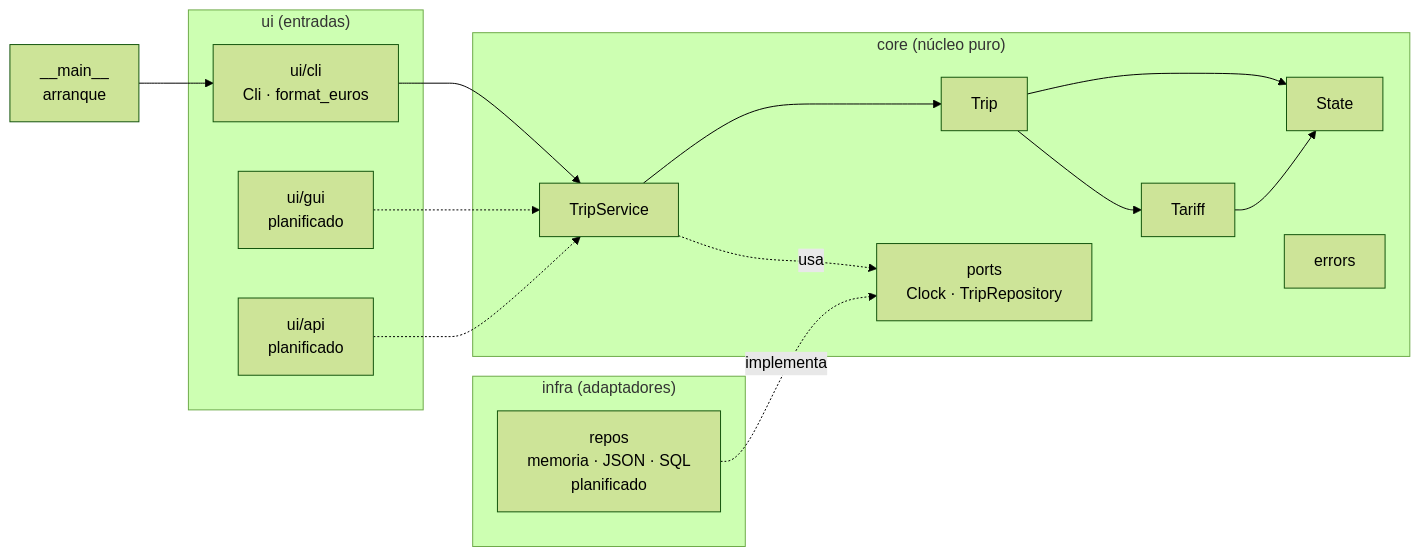
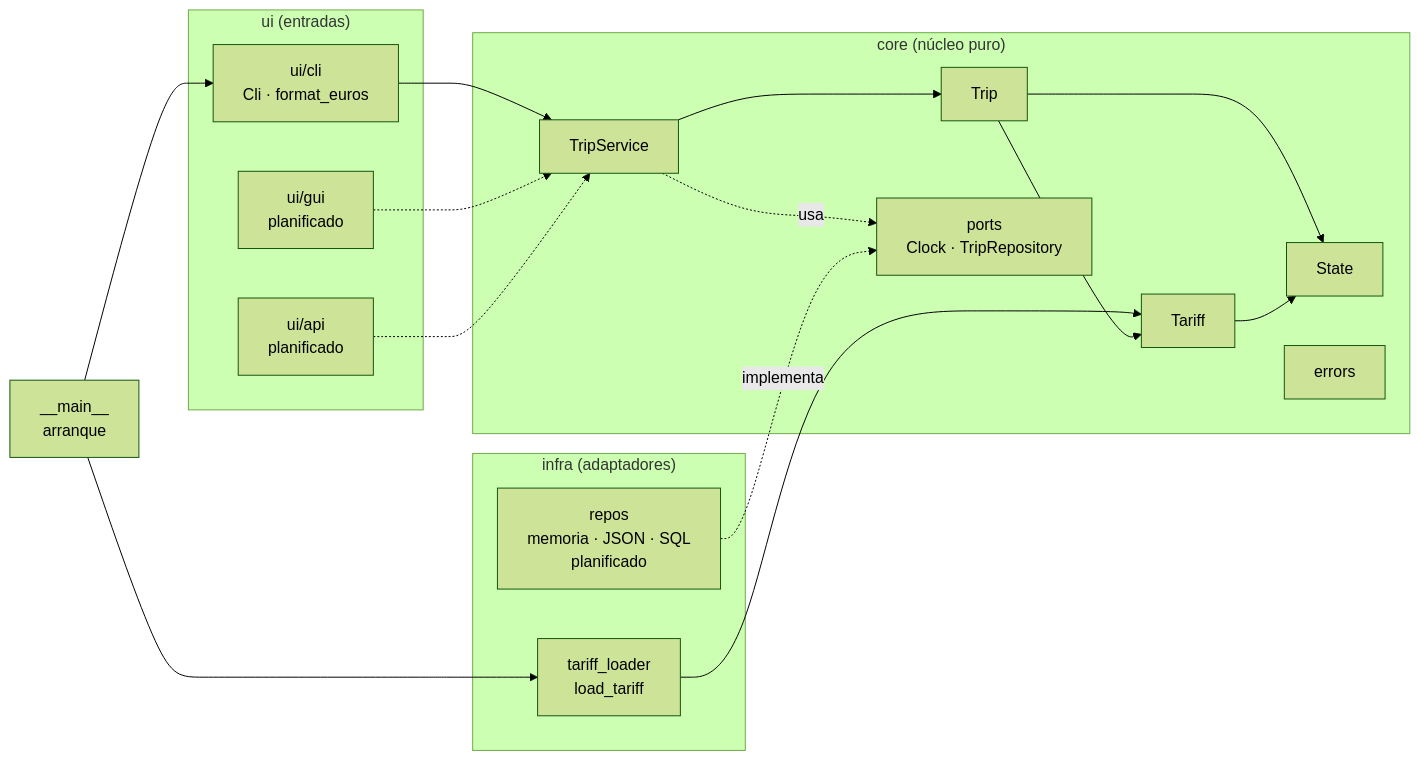
One commit to josegalindo-aidev/F5-project-py-taximetro changed the first of 4 diagrams in docs/architecture.md. Above: the diagram before and after it, drawn with Mermaid (forest theme). The commit also changed other lines of this file and 2 other files, not shown here.

````diff
--- a/docs/architecture.md
+++ b/docs/architecture.md
@@ -58,34 +59,37 @@
 ```mermaid
 flowchart LR
     MAIN["__main__<br/>arranque"]
 
     subgraph UI["ui (entradas)"]
         CLI["ui/cli<br/>Cli · format_euros"]
         GUI["ui/gui<br/>planificado"]
         API["ui/api<br/>planificado"]
     end
 
     subgraph CORE["core (núcleo puro)"]
         SVC["TripService"]
         TRIP["Trip"]
         TAR["Tariff"]
         ST["State"]
         ERR["errors"]
         PORTS["ports<br/>Clock · TripRepository"]
     end
 
     subgraph INFRA["infra (adaptadores)"]
+        LOADER["tariff_loader<br/>load_tariff"]
         REPOS["repos<br/>memoria · JSON · SQL<br/>planificado"]
     end
 
     MAIN --> CLI
+    MAIN --> LOADER
+    LOADER --> TAR
     CLI --> SVC
     SVC --> TRIP
     TRIP --> TAR
     TRIP --> ST
     TAR --> ST
     SVC -. usa .-> PORTS
     REPOS -. implementa .-> PORTS
     GUI -.-> SVC
     API -.-> SVC
 ```
````
